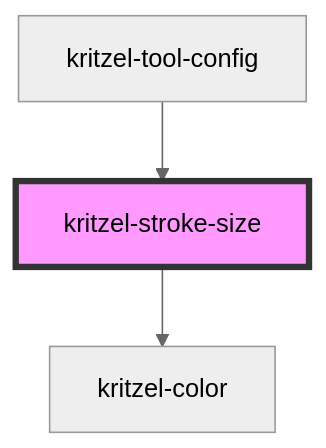
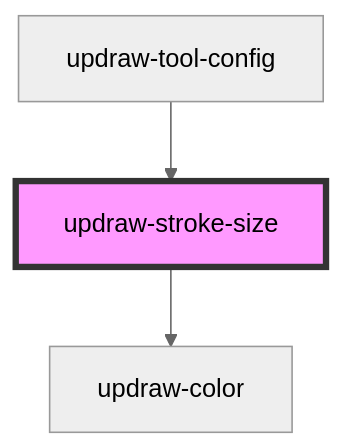
Before and after one commit to kasual1/kritzel: the diagram in libs/editor/core/src/components/updraw-stroke-size/readme.md, drawn with Mermaid (neutral theme). The commit also changed other lines of this file and 1129 other files, not shown here.

First line of the commit message:
Replace kritzel with updraw across the codebase

````diff
--- a/libs/editor/core/src/components/updraw-stroke-size/readme.md
+++ b/libs/editor/core/src/components/updraw-stroke-size/readme.md
@@ -34,6 +34,6 @@
 ```mermaid
 graph TD;
-  kritzel-stroke-size --> kritzel-color
-  kritzel-tool-config --> kritzel-stroke-size
-  style kritzel-stroke-size fill:#f9f,stroke:#333,stroke-width:4px
+  updraw-stroke-size --> updraw-color
+  updraw-tool-config --> updraw-stroke-size
+  style updraw-stroke-size fill:#f9f,stroke:#333,stroke-width:4px
 ```
````
